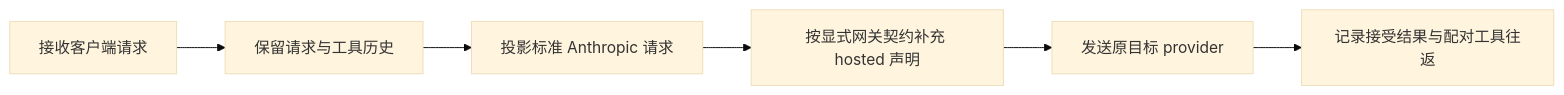
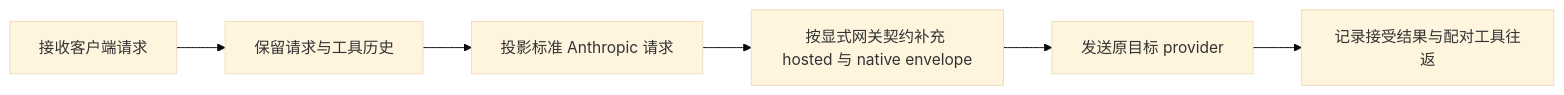
The diagram in docs/architecture/wiki/v3-goaichat-hosted-tool-history-compat.md (Jasonzhangf/routecodex), drawn with Mermaid (base theme) before and after one commit. The commit also changed other lines of this file, not shown here.

Commit message:
docs(v3): describe Goaichat mixed native envelope contract

````diff
--- a/docs/architecture/wiki/v3-goaichat-hosted-tool-history-compat.md
+++ b/docs/architecture/wiki/v3-goaichat-hosted-tool-history-compat.md
@@ -21,8 +23,8 @@
 ```mermaid
 flowchart LR
     A[接收客户端请求] --> B[保留请求与工具历史]
     B --> C[投影标准 Anthropic 请求]
-    C --> D[按显式网关契约补充 hosted 声明]
+    C --> D[按显式网关契约补充 hosted 与 native envelope]
     D --> E[发送原目标 provider]
     E --> F[记录接受结果与配对工具往返]
 ```
````
